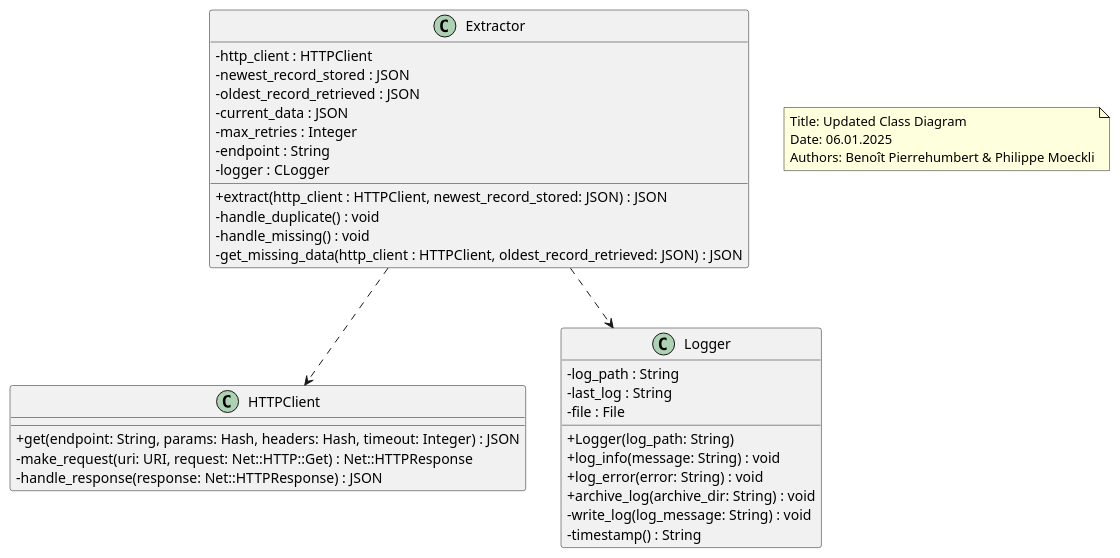
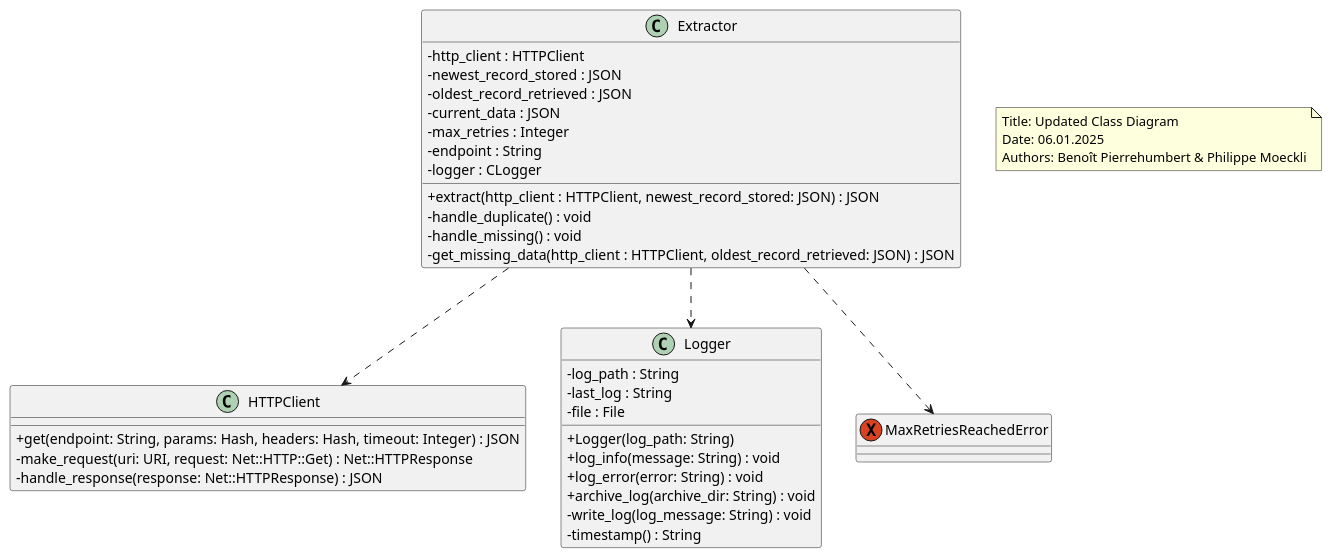
Before and after one commit to CPNV-ES-BI1-SBB/EXTERNAL-SOURCE-EXTRACT: the diagram in docs/class_diagram.puml, drawn with PlantUML. The commit also changed 1 other file, not shown here.

Commit message:
feat: add an exception to the Extractor class

```diff
--- a/docs/class_diagram.puml
+++ b/docs/class_diagram.puml
@@ -1,46 +1,49 @@
 @startuml
 
 skinparam classAttributeIconSize 0
 
 class Extractor {
   - http_client : HTTPClient
   - newest_record_stored : JSON
   - oldest_record_retrieved : JSON
   - current_data : JSON
   - max_retries : Integer
   - endpoint : String
   - logger : CLogger
   + extract(http_client : HTTPClient, newest_record_stored: JSON) : JSON
   - handle_duplicate() : void
   - handle_missing() : void
   - get_missing_data(http_client : HTTPClient, oldest_record_retrieved: JSON) : JSON
 }
 
 class HTTPClient {
   + get(endpoint: String, params: Hash, headers: Hash, timeout: Integer) : JSON
   - make_request(uri: URI, request: Net::HTTP::Get) : Net::HTTPResponse
   - handle_response(response: Net::HTTPResponse) : JSON
 }
 
 class Logger {
   - log_path : String
   - last_log : String
   - file : File
   + Logger(log_path: String)
   + log_info(message: String) : void
   + log_error(error: String) : void
   + archive_log(archive_dir: String) : void
   - write_log(log_message: String) : void
   - timestamp() : String
 }
 
+Exception MaxRetriesReachedError {}
+
 Extractor ..> HTTPClient
 Extractor ..> Logger
+Extractor ..> MaxRetriesReachedError
 
 note as N1
   Title: Updated Class Diagram
   Date: 06.01.2025
   Authors: Benoît Pierrehumbert & Philippe Moeckli
 end note
 
 @enduml
```
